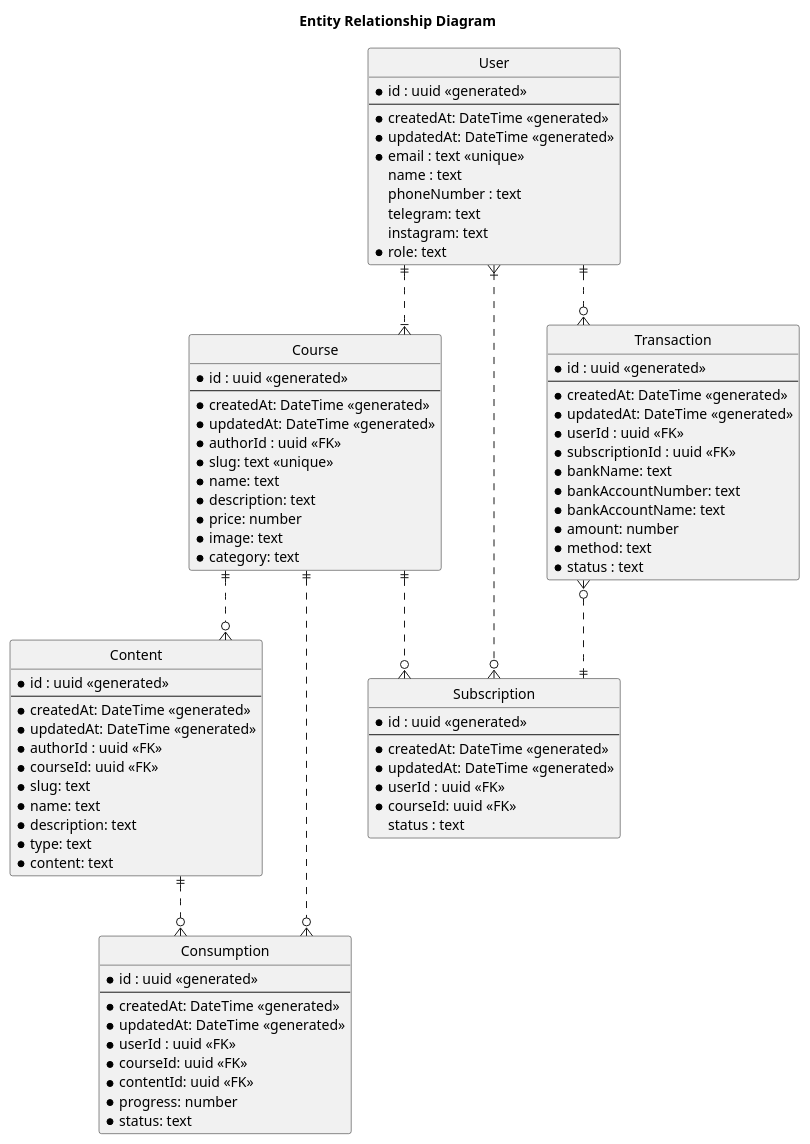
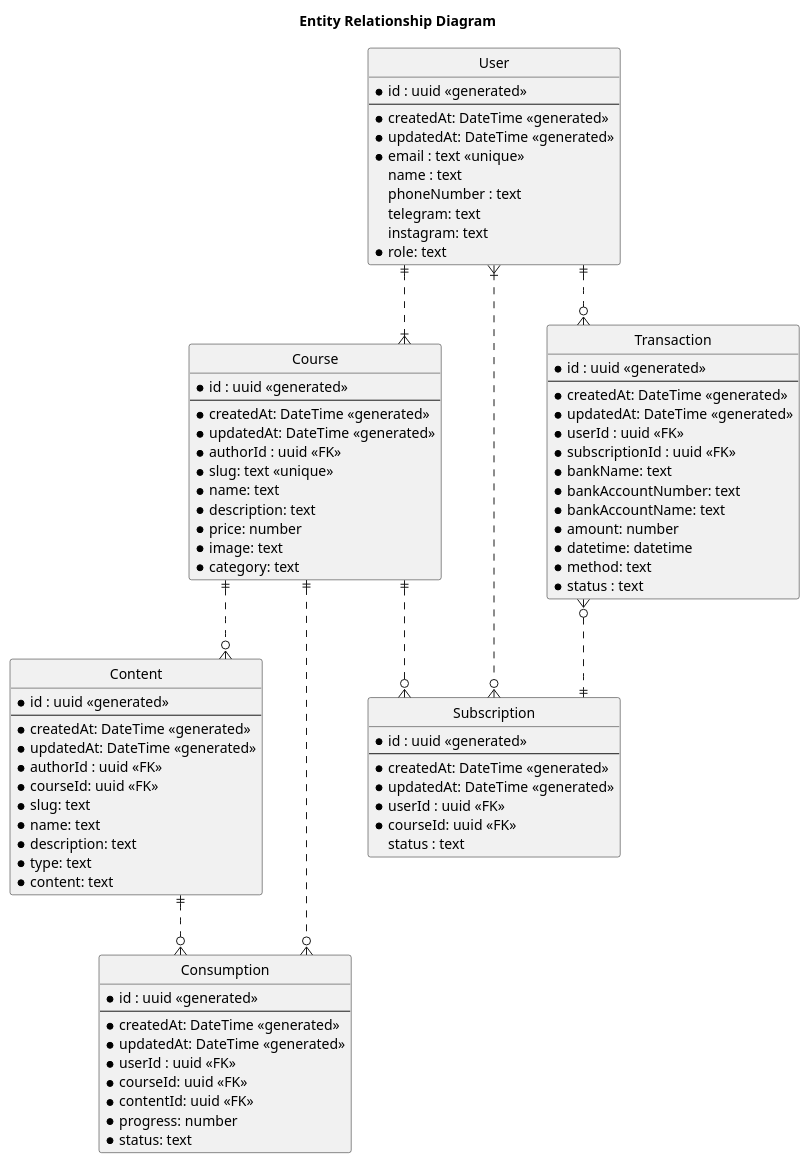
One commit to zainfathoni/kelas.rumahberbagi.com changed the diagram in docs/diagrams/erd.puml. Above: the diagram before and after it, drawn with PlantUML.

Commit message:
docs: add a datetime field in the Transaction table
because the confirmation datetime does not necessarily
equal to the payment datetime

```diff
--- a/docs/diagrams/erd.puml
+++ b/docs/diagrams/erd.puml
@@ -1,96 +1,97 @@
 @startuml "Entity Relationship Diagram"
 title Entity Relationship Diagram
 
 ' hide the spot
 hide circle
 
 ' avoid problems with angled crows feet
 skinparam linetype ortho
 
 entity "User" as user {
   *id : uuid <<generated>>
   --
   *createdAt: DateTime <<generated>>
   *updatedAt: DateTime <<generated>>
   *email : text <<unique>>
   name : text
   phoneNumber : text
   telegram: text
   instagram: text
   *role: text
 }
 
 entity "Course" as course {
   *id : uuid <<generated>>
   --
   *createdAt: DateTime <<generated>>
   *updatedAt: DateTime <<generated>>
   *authorId : uuid <<FK>>
   *slug: text <<unique>>
   *name: text
   *description: text
   *price: number
   *image: text
   *category: text
 }
 
 entity "Content" as content {
   *id : uuid <<generated>>
   --
   *createdAt: DateTime <<generated>>
   *updatedAt: DateTime <<generated>>
   *authorId : uuid <<FK>>
   *courseId: uuid <<FK>>
   *slug: text
   *name: text
   *description: text
   *type: text
   *content: text
 }
 
 entity "Consumption" as consumption {
   *id : uuid <<generated>>
   --
   *createdAt: DateTime <<generated>>
   *updatedAt: DateTime <<generated>>
   *userId : uuid <<FK>>
   *courseId: uuid <<FK>>
   *contentId: uuid <<FK>>
   *progress: number
   *status: text
 }
 
 entity "Subscription" as subscription {
   *id : uuid <<generated>>
   --
   *createdAt: DateTime <<generated>>
   *updatedAt: DateTime <<generated>>
   *userId : uuid <<FK>>
   *courseId: uuid <<FK>>
   status : text
 }
 
 entity "Transaction" as transaction {
   *id : uuid <<generated>>
   --
   *createdAt: DateTime <<generated>>
   *updatedAt: DateTime <<generated>>
   *userId : uuid <<FK>>
   *subscriptionId : uuid <<FK>>
   *bankName: text
   *bankAccountNumber: text
   *bankAccountName: text
   *amount: number
+  *datetime: datetime
   *method: text
   *status : text
 }
 
 user ||..|{ course
 user }|.-o{ subscription
 course ||..o{ subscription
 course ||..o{ content
 content ||..o{ consumption
 course ||..o{ consumption
 transaction }o..||subscription
 user ||..o{ transaction
 @enduml
```
